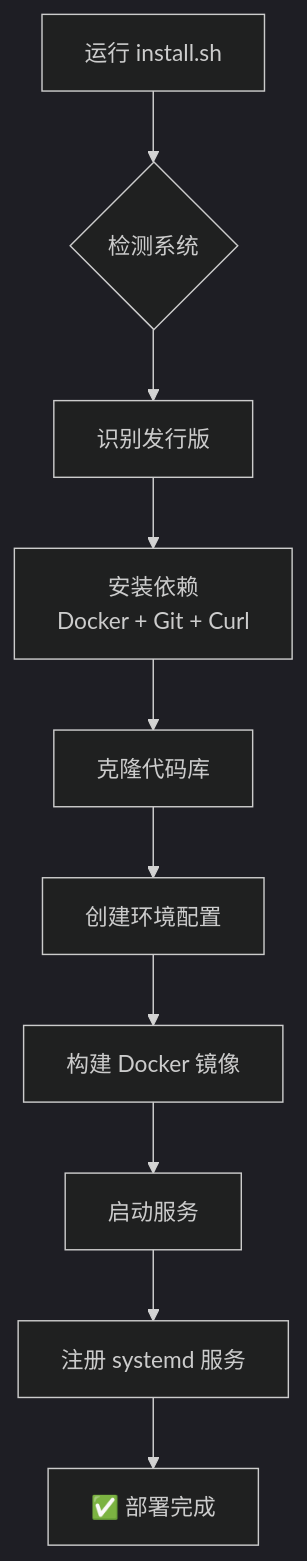
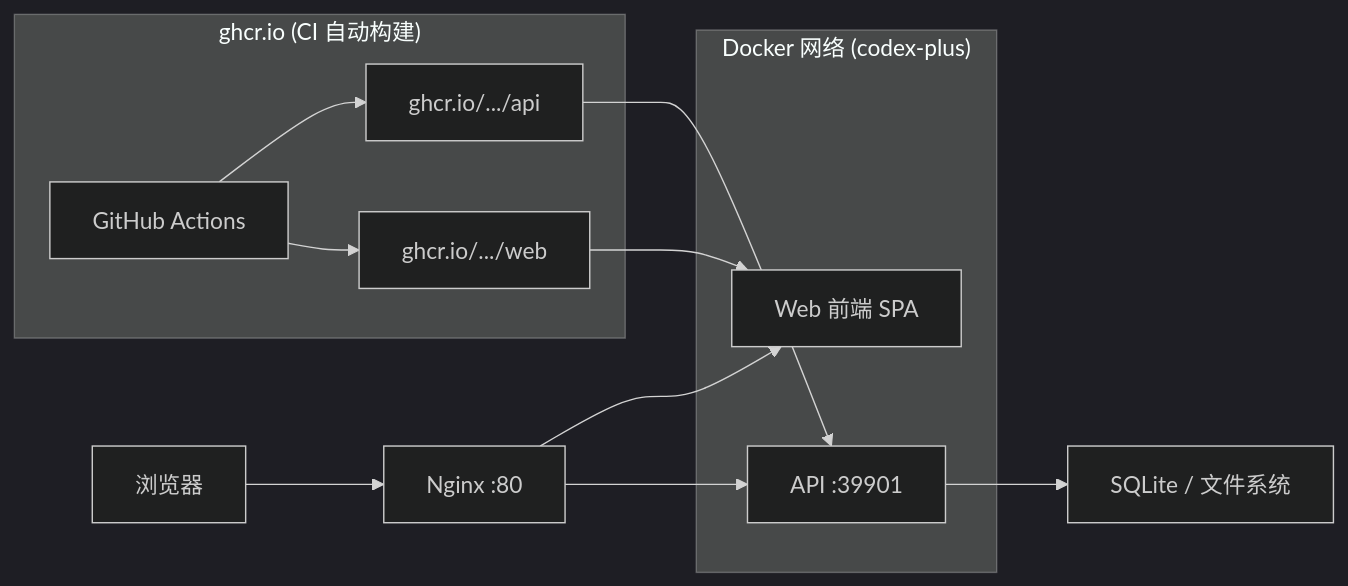
The first of 2 diagrams in README.md (michaellab7284/codex-plus-web), drawn with Mermaid (dark theme) before and after one commit. The commit also changed other lines of this file and 5 other files, not shown here.

Commit message:
Refactor: pure Docker deploy via ghcr.io, remove compose, update install script & README

````diff
--- a/README.md
+++ b/README.md
@@ -139,12 +73,17 @@
 ```mermaid
-graph TD
-    A[运行 install.sh] --> B{检测系统}
-    B --> C[识别发行版]
-    C --> D[安装依赖<br>Docker + Git + Curl]
-    D --> E[克隆代码库]
-    E --> F[创建环境配置]
-    F --> G[构建 Docker 镜像]
-    G --> H[启动服务]
-    H --> I[注册 systemd 服务]
-    I --> J[✅ 部署完成]
+graph LR
+    A[浏览器] --> B[Nginx :80]
+    B --> C[Web 前端 SPA]
+    B --> D[API :39901]
+    D --> E[SQLite / 文件系统]
+    subgraph "Docker 网络 (codex-plus)"
+        C
+        D
+    end
+    subgraph "ghcr.io (CI 自动构建)"
+        F[GitHub Actions] --> G[ghcr.io/.../api]
+        F --> H[ghcr.io/.../web]
+    end
+    G --> D
+    H --> C
 ```
````
